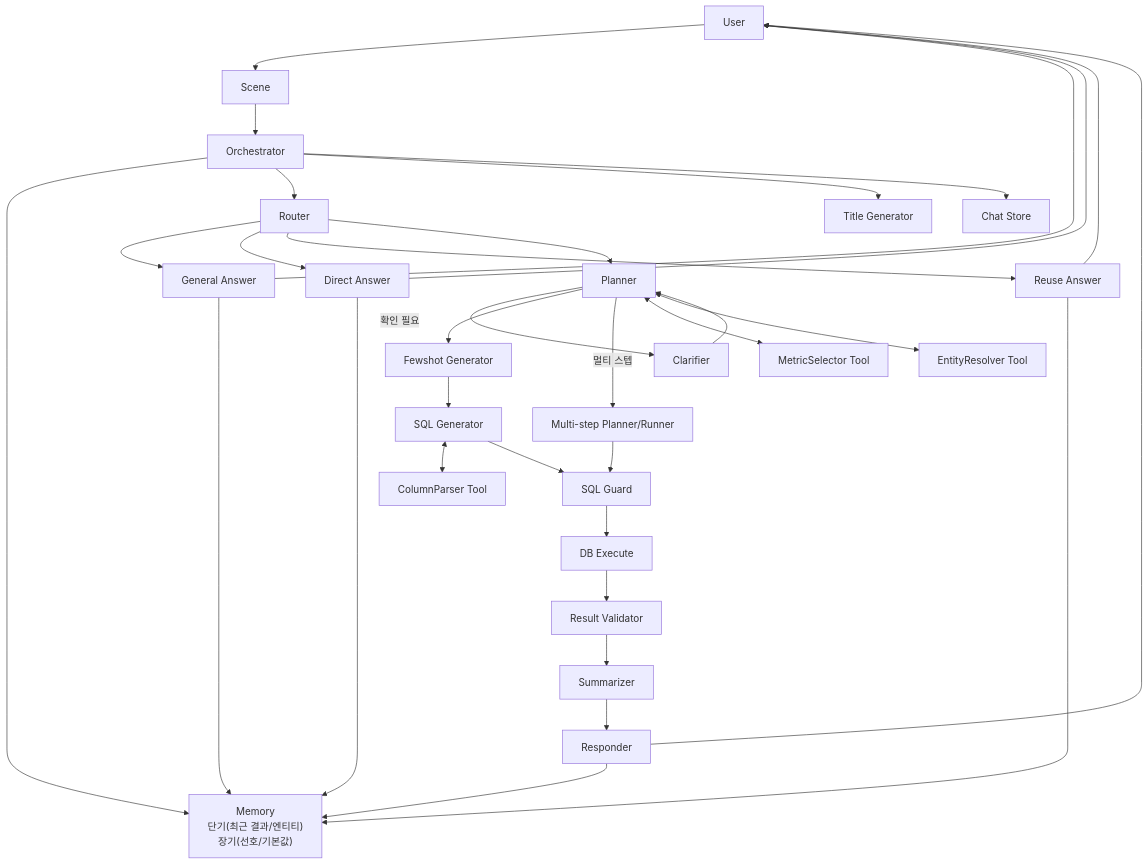
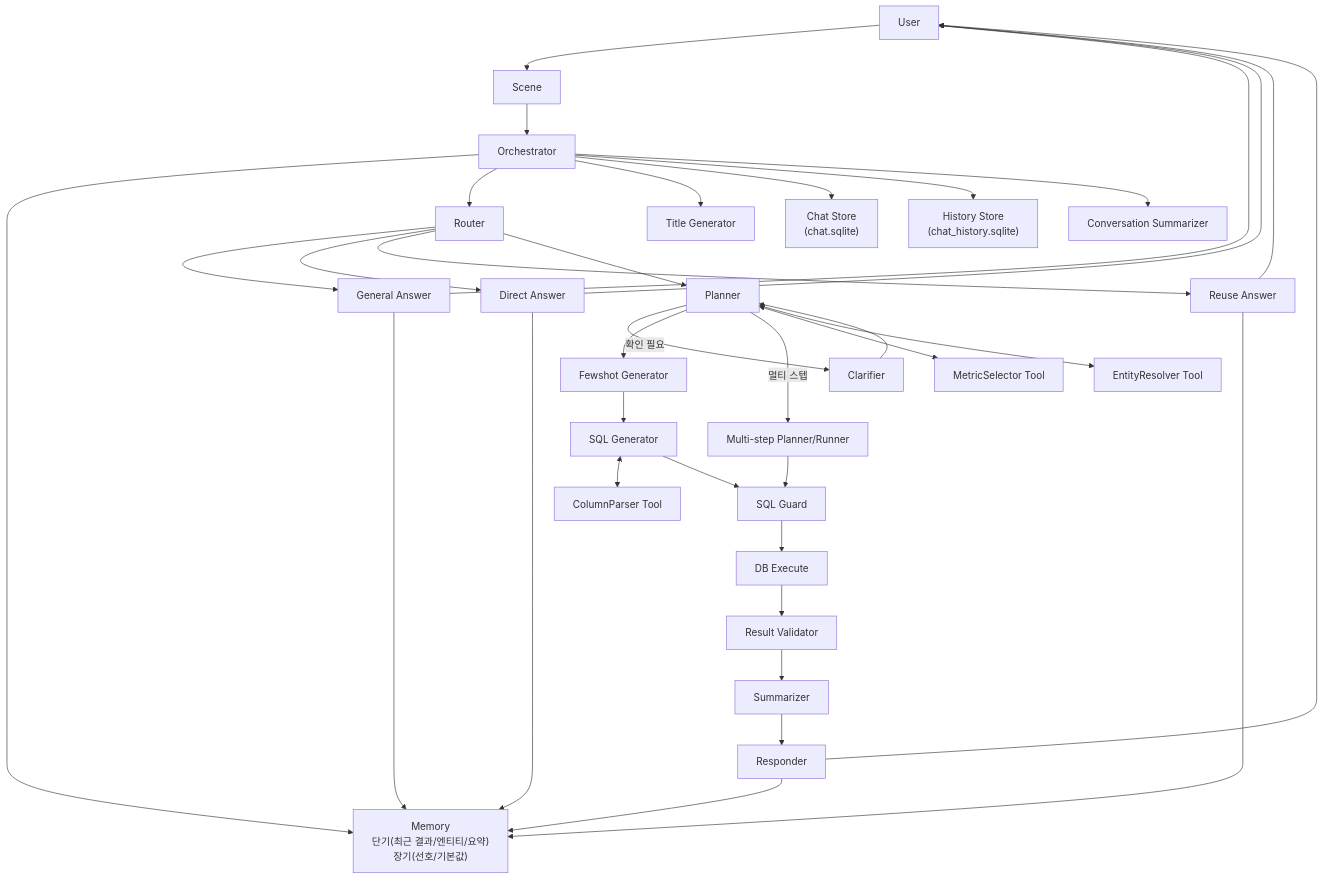
Before and after one commit to YongKyeom/nl2sql_nba_chatbot: the diagram in README.md, drawn with Mermaid. The commit also changed other lines of this file, not shown here.

````diff
--- a/README.md
+++ b/README.md
@@ -257,42 +279,44 @@
 ```mermaid
 flowchart TD
   U["User"] --> S["Scene"]
   S --> O["Orchestrator"]
-  O --> M["Memory<br/>단기(최근 결과/엔티티)<br/>장기(선호/기본값)"]
+  O --> M["Memory<br/>단기(최근 결과/엔티티/요약)<br/>장기(선호/기본값)"]
 
   O --> R["Router"]
   R --> GA["General Answer"]
   R --> DA["Direct Answer"]
   R --> RE["Reuse Answer"]
   R --> P["Planner"]
 
   P -->|확인 필요| C["Clarifier"]
   C --> P
 
   P --> FS["Fewshot Generator"]
   FS --> SG["SQL Generator"]
   P -->|멀티 스텝| MS["Multi-step Planner/Runner"]
   P <--> MSel["MetricSelector Tool"]
   P <--> ER["EntityResolver Tool"]
   SG <--> CP["ColumnParser Tool"]
 
   O --> TS["Title Generator"]
-  O --> CS["Chat Store"]
+  O --> CS["Chat Store<br/>(chat.sqlite)"]
+  O --> HS["History Store<br/>(chat_history.sqlite)"]
+  O --> CSM["Conversation Summarizer"]
 
   MS --> G["SQL Guard"]
   SG --> G
   G --> EX["DB Execute"]
   EX --> V["Result Validator"]
   V --> SUM["Summarizer"]
   SUM --> RESP["Responder"]
 
   GA --> U
   DA --> U
   RE --> U
   RESP --> U
 
   GA --> M
   DA --> M
   RE --> M
   RESP --> M
 ```
````
